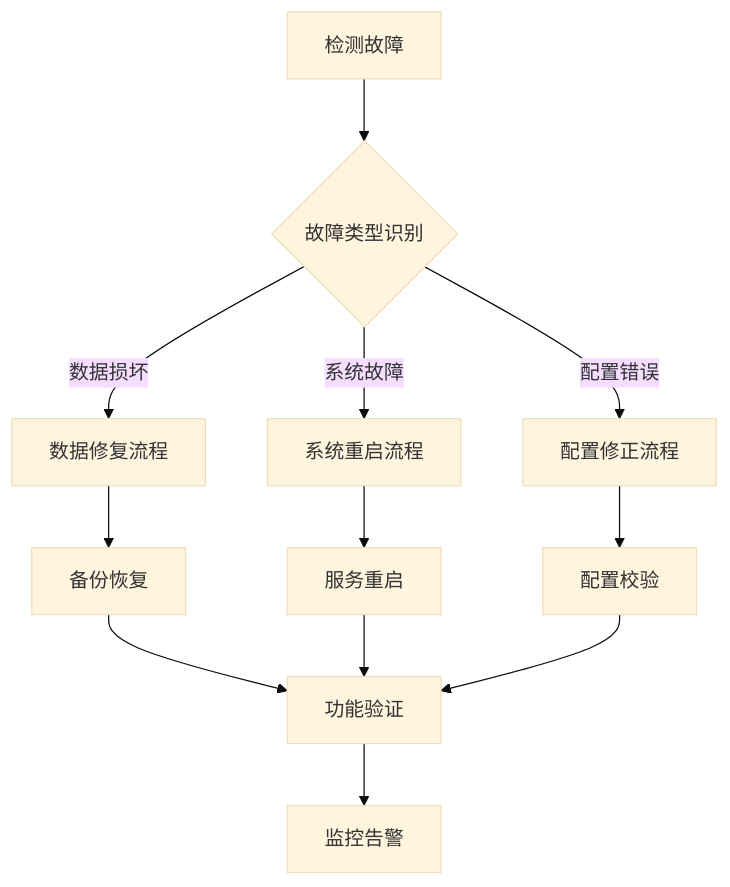
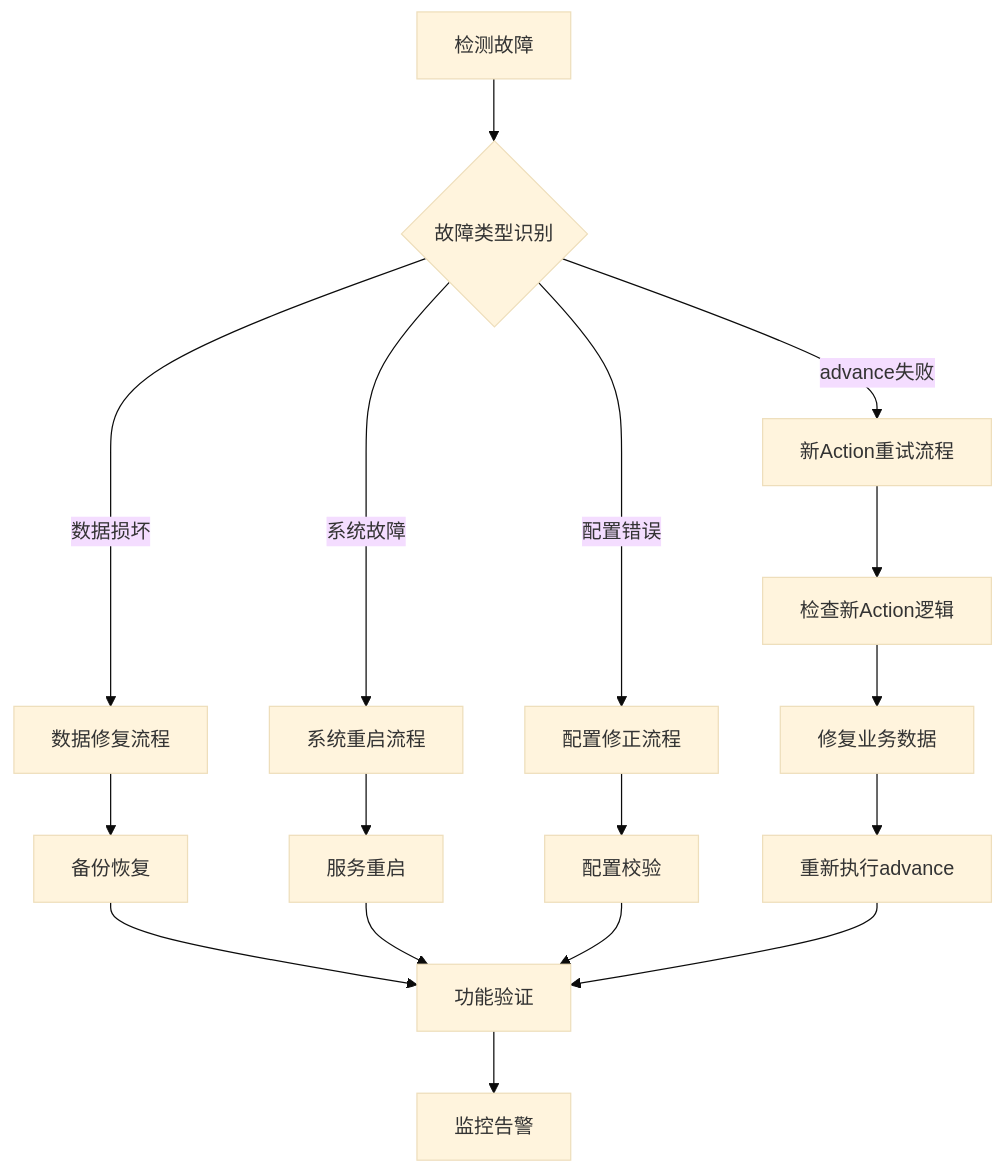
Before and after one commit to xiaoche80s-tech/state-machine-parent: diagram 18 of 18 in .qoder/repowiki/zh/content/快照与恢复/实例恢复机制.md, drawn with Mermaid (base theme). The commit also changed other lines of this file and 7 other files, not shown here.

````diff
--- a/.qoder/repowiki/zh/content/快照与恢复/实例恢复机制.md
+++ b/.qoder/repowiki/zh/content/快照与恢复/实例恢复机制.md
@@ -569,14 +644,19 @@
 ```mermaid
 flowchart TD
 A[检测故障] --> B{故障类型识别}
 B --> |数据损坏| C[数据修复流程]
 B --> |系统故障| D[系统重启流程]
 B --> |配置错误| E[配置修正流程]
-C --> F[备份恢复]
-D --> G[服务重启]
-E --> H[配置校验]
-F --> I[功能验证]
-G --> I
-H --> I
-I --> J[监控告警]
+B --> |advance失败| F[新Action重试流程]
+C --> G[备份恢复]
+D --> H[服务重启]
+E --> I[配置校验]
+F --> J[检查新Action逻辑]
+J --> K[修复业务数据]
+K --> L[重新执行advance]
+G --> M[功能验证]
+H --> M
+I --> M
+L --> M
+M --> N[监控告警]
 ```
````
